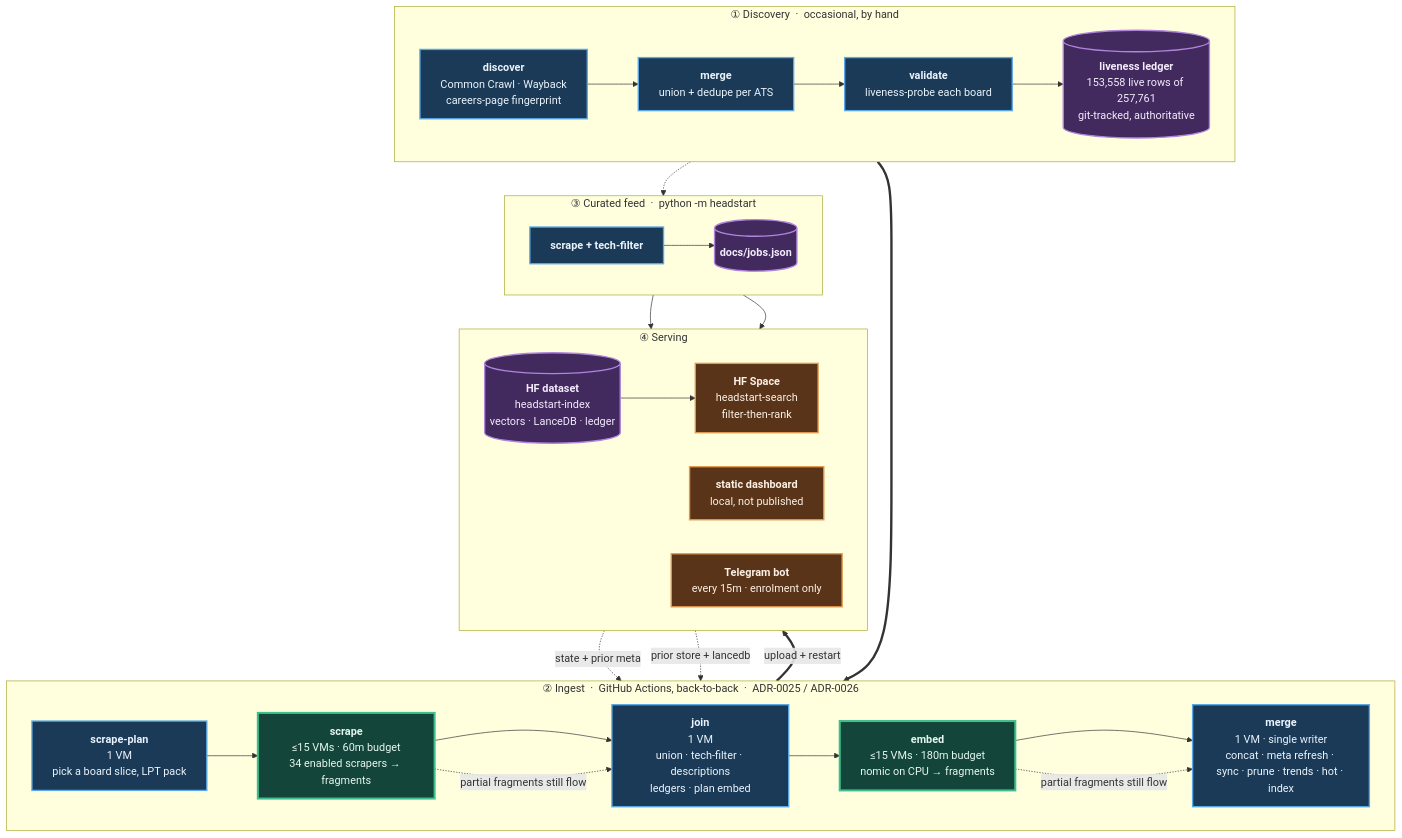
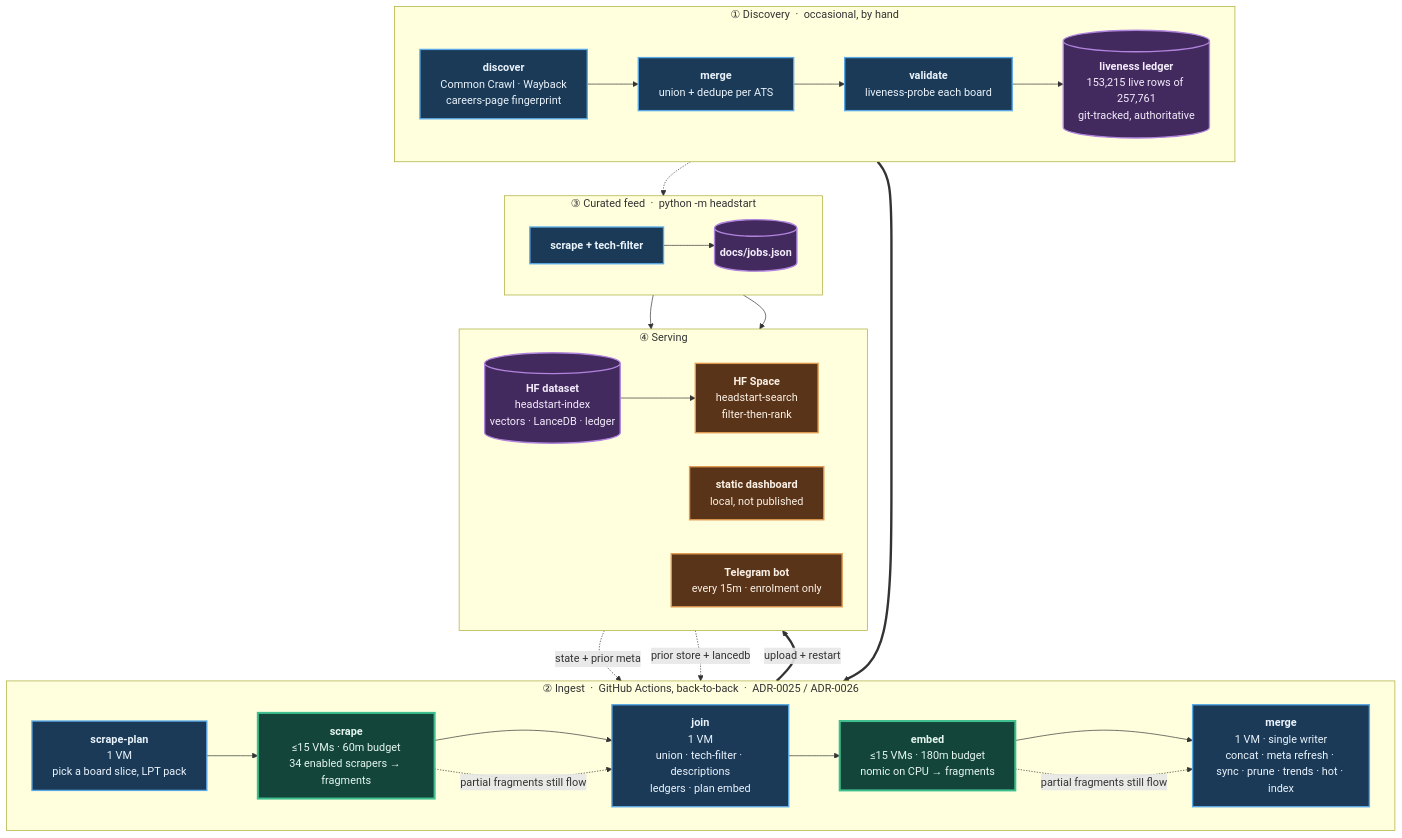
The diagram in README.md (sarthakjain004/headstart), drawn with Mermaid before and after one commit. The commit also changed other lines of this file and 6 other files, not shown here.

````diff
--- a/README.md
+++ b/README.md
@@ -170,56 +170,56 @@
 ```mermaid
 flowchart TB
     subgraph D["① Discovery &nbsp;·&nbsp; occasional, by hand"]
         direction LR
         D1["<b>discover</b><br/>Common Crawl · Wayback<br/>careers-page fingerprint"]
         D2["<b>merge</b><br/>union + dedupe per ATS"]
         D3["<b>validate</b><br/>liveness-probe each board"]
-        D4[("<b>liveness ledger</b><br/>153,558 live rows of 257,761<br/>git-tracked, authoritative")]
+        D4[("<b>liveness ledger</b><br/>153,215 live rows of 257,761<br/>git-tracked, authoritative")]
         D1 --> D2 --> D3 --> D4
     end
 
     subgraph P["② Ingest &nbsp;·&nbsp; GitHub Actions, back-to-back &nbsp;·&nbsp; ADR-0025 / ADR-0026"]
         direction LR
         P1["<b>scrape-plan</b><br/>1 VM<br/>pick a board slice, LPT pack"]
         P2["<b>scrape</b><br/>≤15 VMs · 60m budget<br/>34 enabled scrapers → fragments"]
         P3["<b>join</b><br/>1 VM<br/>union · tech-filter · descriptions<br/>ledgers · plan embed"]
         P4["<b>embed</b><br/>≤15 VMs · 180m budget<br/>nomic on CPU → fragments"]
         P5["<b>merge</b><br/>1 VM · single writer<br/>concat · meta refresh · sync · prune · trends · hot · index"]
         P1 --> P2 --> P3 --> P4 --> P5
     end
 
     subgraph F["③ Curated feed &nbsp;·&nbsp; python -m headstart"]
         direction LR
         F1["<b>scrape + tech-filter</b>"]
         F2[("<b>docs/jobs.json</b>")]
         F1 --> F2
     end
 
     subgraph S["④ Serving"]
         direction LR
         S1[("<b>HF dataset</b><br/>headstart-index<br/>vectors · LanceDB · ledger")]
         S2["<b>HF Space</b><br/>headstart-search<br/>filter-then-rank"]
         S3["<b>static dashboard</b><br/>local, not published"]
         S4["<b>Telegram bot</b><br/>every 15m · enrolment only"]
         S1 --> S2
     end
 
     D4 ==> P1
     S1 -. "state + prior meta" .-> P1
     S1 -. "prior store + lancedb" .-> P5
     D4 -.-> F1
     P5 ==>|"upload + restart"| S1
     F2 --> S3
     F2 --> S4
     P2 -. "partial fragments still flow" .-> P3
     P4 -. "partial fragments still flow" .-> P5
 
     classDef serial fill:#1b3a57,stroke:#5aa9e6,stroke-width:2px,color:#eaf4fc
     classDef fan fill:#14453a,stroke:#3fbf8f,stroke-width:3px,color:#e4f7f0
     classDef store fill:#42295e,stroke:#b184dd,stroke-width:2px,color:#f4ecfc
     classDef serve fill:#5a3418,stroke:#e09a4f,stroke-width:2px,color:#fbf1e6
     class D1,D2,D3,P1,P3,P5,F1 serial
     class P2,P4 fan
     class D4,F2,S1 store
     class S2,S3,S4 serve
 ```
````
